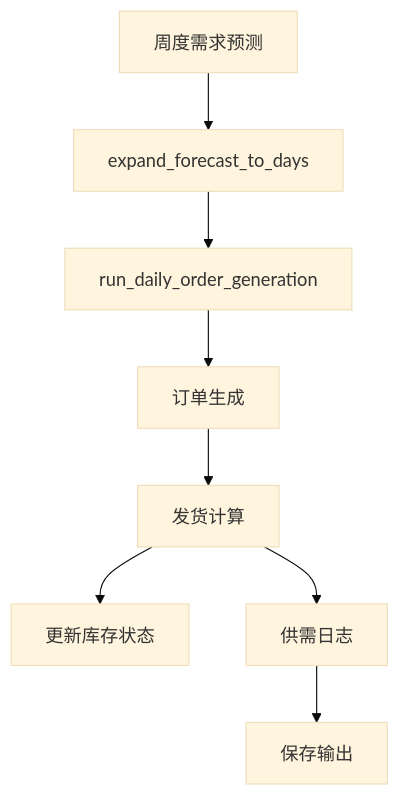
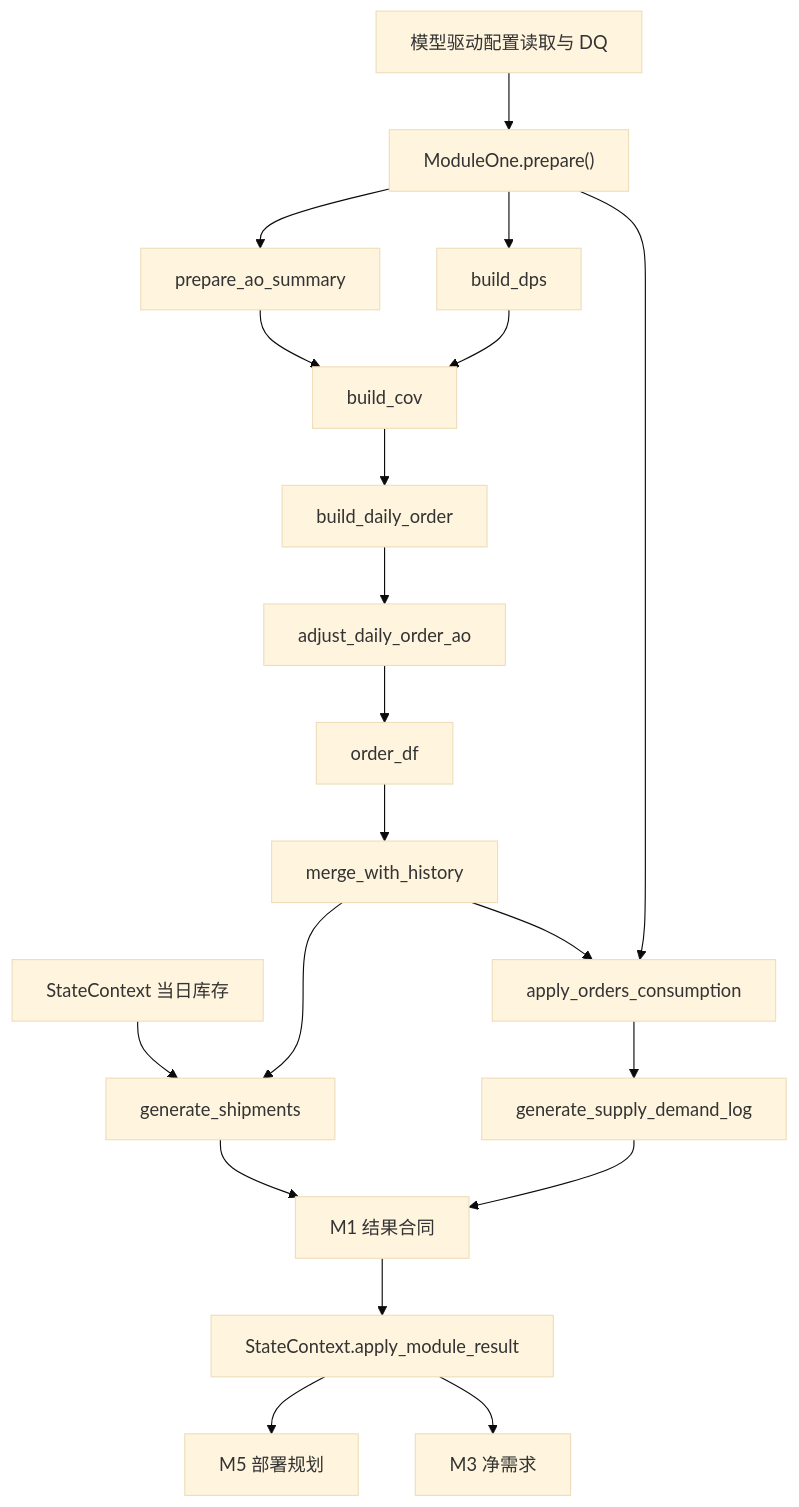
One commit to senzhang-ps/chainsight changed the third of 3 diagrams in docs/modules/modules_demand_planning.md. Above: the diagram before and after it, drawn with Mermaid (base theme). The commit also changed other lines of this file and 14 other files, not shown here.

````diff
--- a/docs/modules/modules_demand_planning.md
+++ b/docs/modules/modules_demand_planning.md
@@ -350,9 +392,23 @@
 ```mermaid
 flowchart TB
-    A["周度需求预测"] --> B["expand_forecast_to_days"]
-    B --> C["run_daily_order_generation"]
-    C --> D["订单生成"] --> E["发货计算"]
-    E --> F["更新库存状态"]
-    E --> G["供需日志"]
-    G --> H["保存输出"]
+    CFG["模型驱动配置读取与 DQ"] --> PREP["ModuleOne.prepare()"]
+    PREP --> AO["prepare_ao_summary"]
+    PREP --> DPS["build_dps"]
+    AO --> COV["build_cov"]
+    DPS --> COV
+    COV --> DAILY["build_daily_order"]
+    DAILY --> AOADJ["adjust_daily_order_ao"]
+    AOADJ --> ORDER["order_df"]
+
+    ORDER --> MERGE["merge_with_history"]
+    INV["StateContext 当日库存"] --> SHIP["generate_shipments"]
+    MERGE --> SHIP
+    MERGE --> CONSUME["apply_orders_consumption"]
+    PREP --> CONSUME
+    CONSUME --> SDL["generate_supply_demand_log"]
+    SHIP --> RESULT["M1 结果合同"]
+    SDL --> RESULT
+    RESULT --> CTX["StateContext.apply_module_result"]
+    CTX --> M5["M5 部署规划"]
+    CTX --> M3["M3 净需求"]
 ```
````
